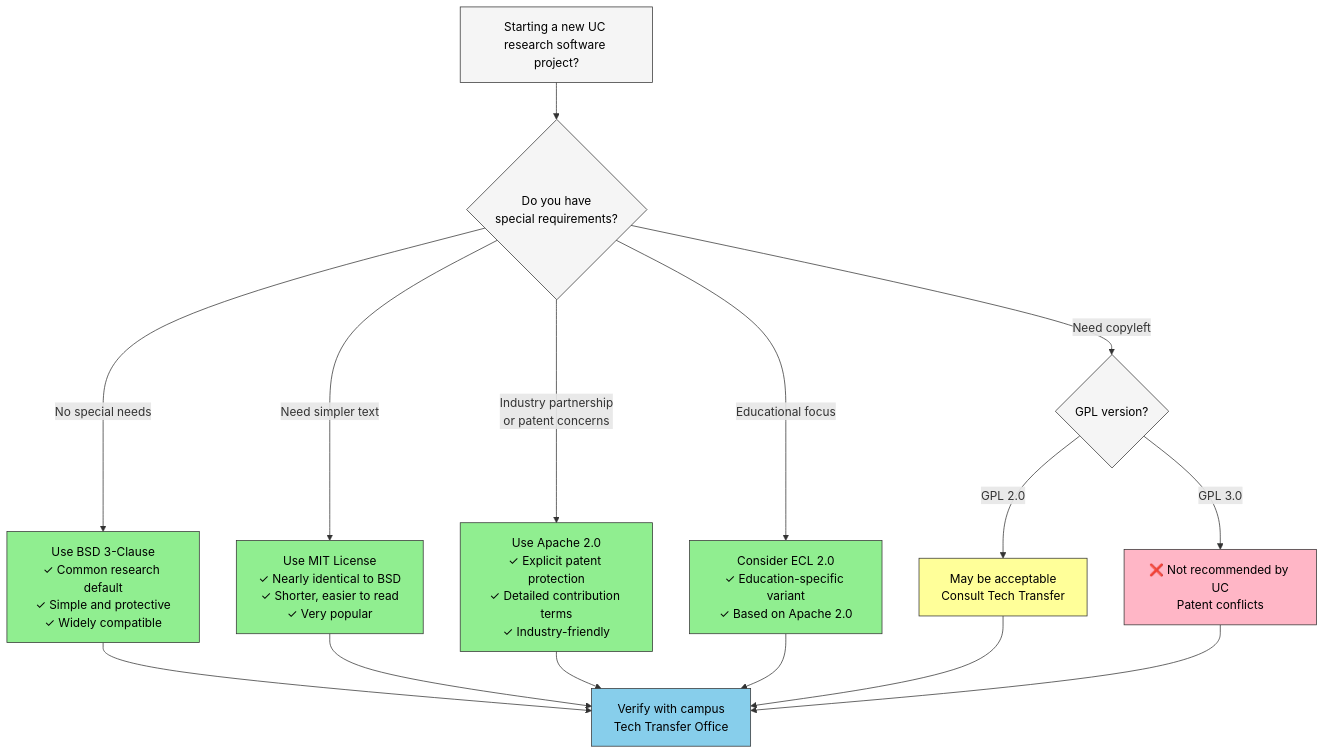
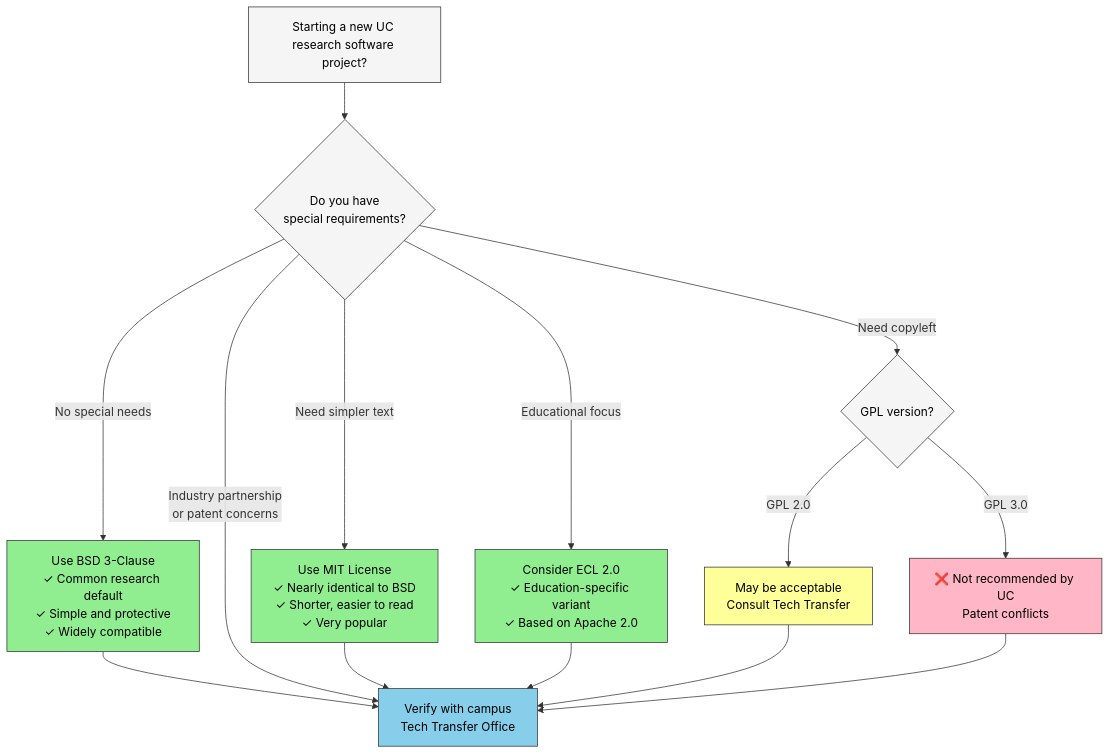
Before and after one commit to Kpadil16/research-software-citable-discoverable: the diagram in episodes/open-source-license.md, drawn with Mermaid.

Commit message:
License flowchart: industry/patent branch goes to Tech Transfer
Replaces the 'Use Apache 2.0' box with a direct path to 'Verify with
campus Tech Transfer Office', matching the episode's caution that Apache
is disfavored at UC. Requested by Karla Padilla.

````diff
--- a/episodes/open-source-license.md
+++ b/episodes/open-source-license.md
@@ -161,39 +161,36 @@
 ``` mermaid
 graph TD
     accTitle: License decision flowchart
     accDescr {
-        Decision tree for choosing an open source license, starting from whether the project has special requirements, branching to BSD 3-Clause, MIT, Apache 2.0, ECL 2.0, or GPL depending on the need, and ending with a check with the campus Tech Transfer Office.
+        Decision tree for choosing an open source license, starting from whether the project has special requirements, branching to BSD 3-Clause, MIT, ECL 2.0, or GPL depending on the need; industry partnerships or patent concerns go straight to the campus Tech Transfer Office, and every path ends with a check there.
     }
     Start[Starting a new UC research software project?] --> Check{Do you have<br/>special requirements?}
     
     Check -->|No special needs| BSD[Use BSD 3-Clause<br/>✓ Common research default<br/>✓ Simple and protective<br/>✓ Widely compatible]
     
     Check -->|Need simpler text| MIT[Use MIT License<br/>✓ Nearly identical to BSD<br/>✓ Shorter, easier to read<br/>✓ Very popular]
     
-    Check -->|Industry partnership<br/>or patent concerns| Apache[Use Apache 2.0<br/>✓ Explicit patent protection<br/>✓ Detailed contribution terms<br/>✓ Industry-friendly]
-    
     Check -->|Educational focus| ECL[Consider ECL 2.0<br/>✓ Education-specific variant<br/>✓ Based on Apache 2.0]
     
     BSD --> TTO[Verify with campus<br/>Tech Transfer Office]
+    Check -->|Industry partnership<br/>or patent concerns| TTO
     MIT --> TTO
-    Apache --> TTO
     ECL --> TTO
     
     Check -->|Need copyleft| Copyleft{GPL version?}
     Copyleft -->|GPL 2.0| GPL2[May be acceptable<br/>Consult Tech Transfer]
     Copyleft -->|GPL 3.0| GPL3[❌ Not recommended by UC<br/>Patent conflicts]
     
     GPL2 --> TTO
     GPL3 --> TTO
     
     style Start fill:#f5f5f5,stroke:#333,color:#000
     style Check fill:#f5f5f5,stroke:#333,color:#000
     style Copyleft fill:#f5f5f5,stroke:#333,color:#000
     style BSD fill:#90EE90,stroke:#333,color:#000
     style MIT fill:#90EE90,stroke:#333,color:#000
-    style Apache fill:#90EE90,stroke:#333,color:#000
     style ECL fill:#90EE90,stroke:#333,color:#000
     style GPL2 fill:#FFFF99,stroke:#333,color:#000
     style GPL3 fill:#FFB6C6,stroke:#333,color:#000
     style TTO fill:#87CEEB,stroke:#333,color:#000
 ```
````
